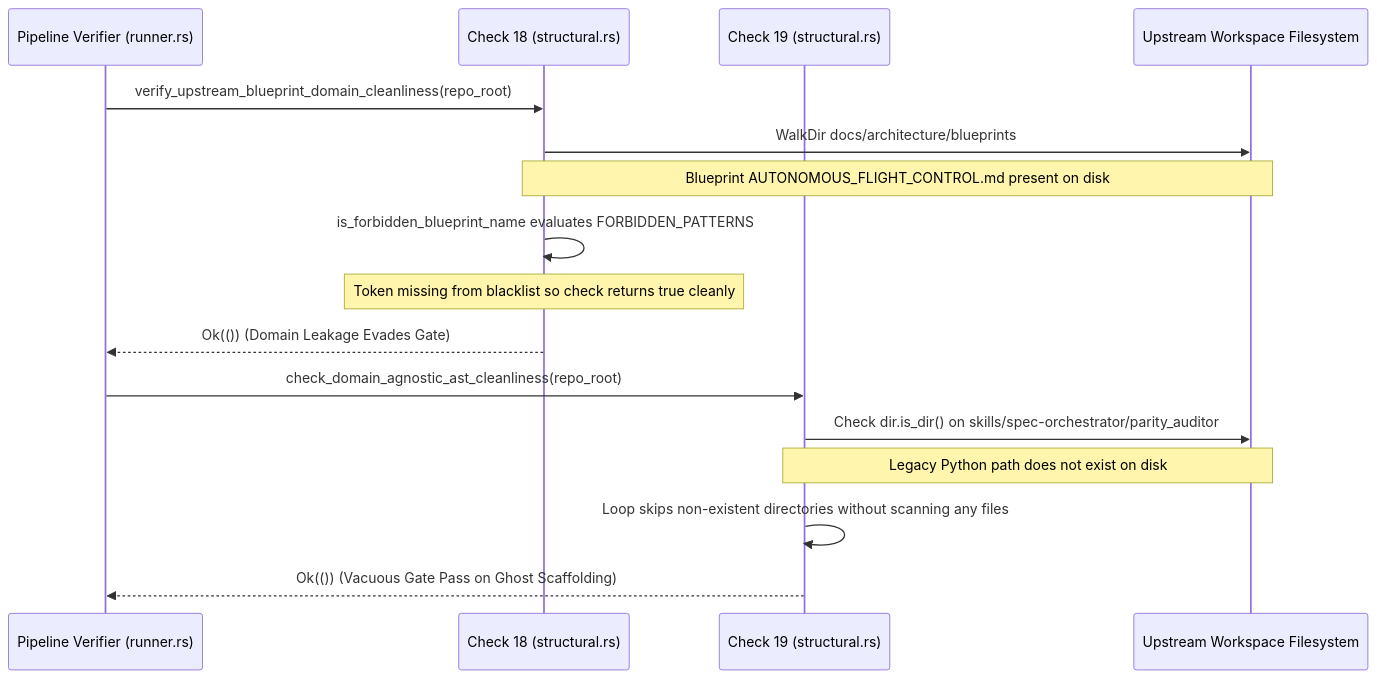
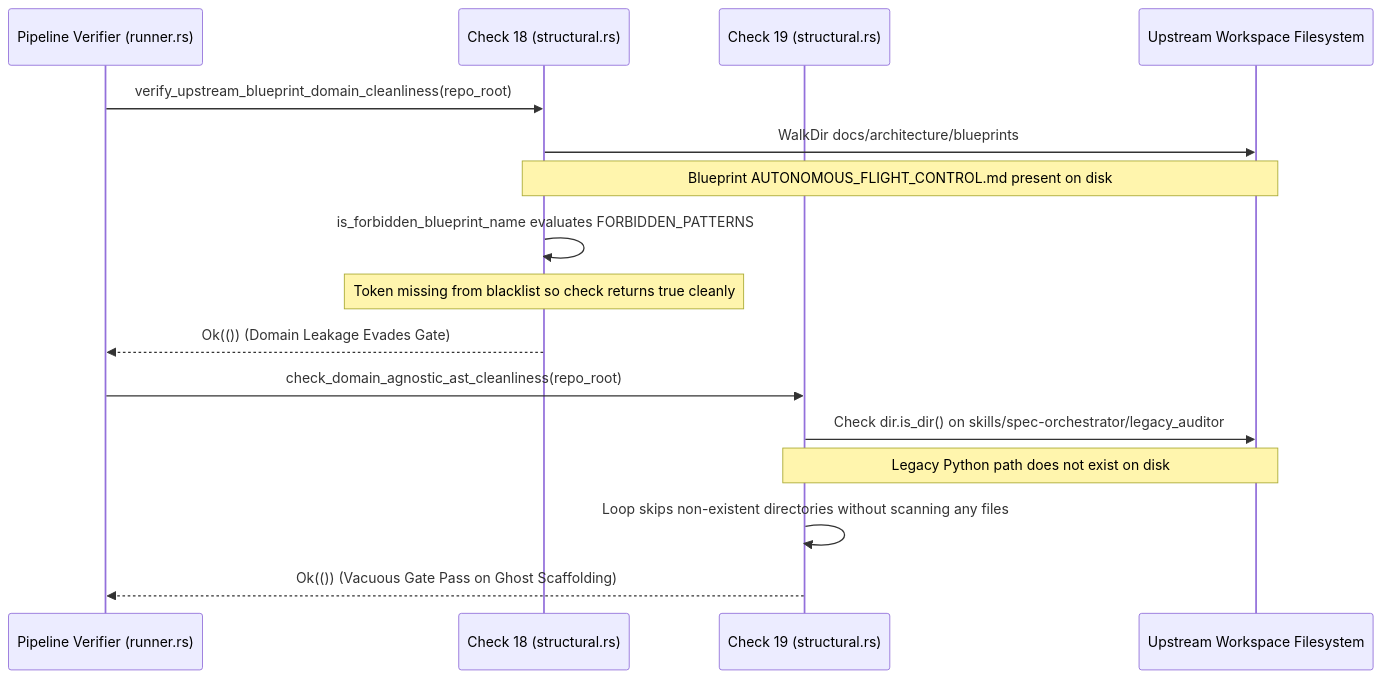
One commit to gintatkinson/dumpiler-01 changed the diagram in docs/reports/defects/DEFECT_CHECK18_19_KEYWORD_BLACKLISTS.md. Above: the diagram before and after it, drawn with Mermaid. The commit also changed other lines of this file and 218 other files, not shown here.

````diff
--- a/docs/reports/defects/DEFECT_CHECK18_19_KEYWORD_BLACKLISTS.md
+++ b/docs/reports/defects/DEFECT_CHECK18_19_KEYWORD_BLACKLISTS.md
@@ -38,20 +38,20 @@
 ```mermaid
 sequenceDiagram
     participant CI as Pipeline Verifier (runner.rs)
     participant C18 as Check 18 (structural.rs)
     participant C19 as Check 19 (structural.rs)
     participant FS as Upstream Workspace Filesystem
 
     CI->>C18: verify_upstream_blueprint_domain_cleanliness(repo_root)
     C18->>FS: WalkDir docs/architecture/blueprints
     Note over C18,FS: Blueprint AUTONOMOUS_FLIGHT_CONTROL.md present on disk
     C18->>C18: is_forbidden_blueprint_name evaluates FORBIDDEN_PATTERNS
     Note over C18: Token missing from blacklist so check returns true cleanly
     C18-->>CI: Ok(()) (Domain Leakage Evades Gate)
 
     CI->>C19: check_domain_agnostic_ast_cleanliness(repo_root)
-    C19->>FS: Check dir.is_dir() on skills/spec-orchestrator/parity_auditor
+    C19->>FS: Check dir.is_dir() on skills/spec-orchestrator/legacy_auditor
     Note over C19,FS: Legacy Python path does not exist on disk
     C19->>C19: Loop skips non-existent directories without scanning any files
     C19-->>CI: Ok(()) (Vacuous Gate Pass on Ghost Scaffolding)
 ```
````
